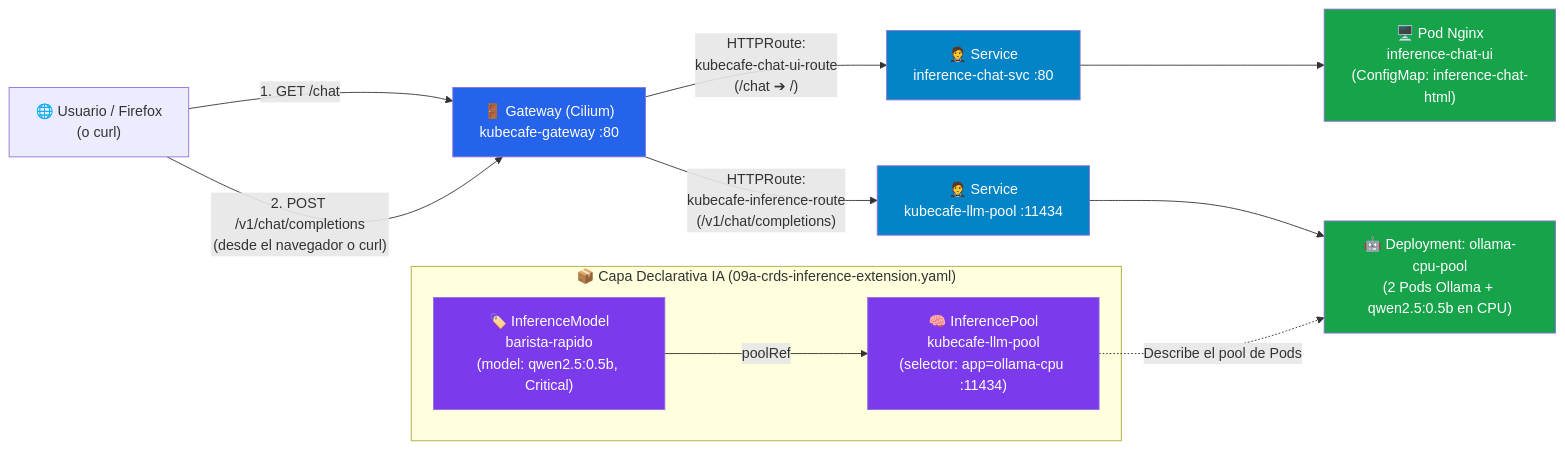
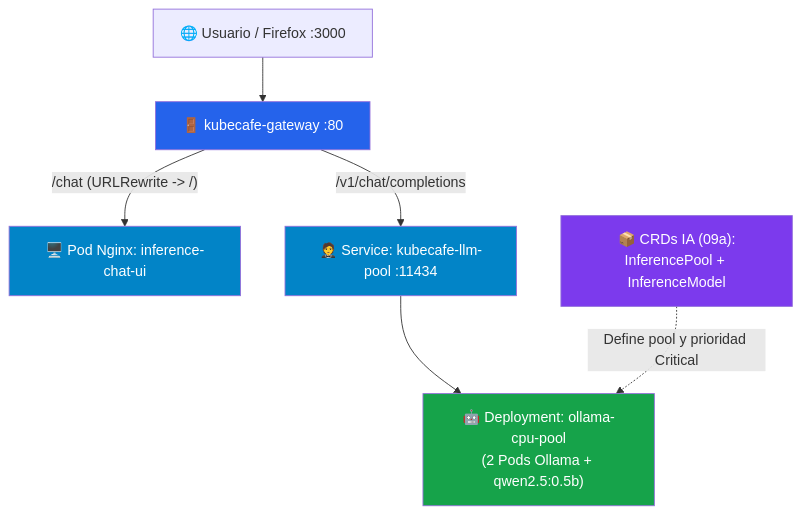
The diagram in semana-03-services-gateway/1.ejemplos/README.md (Arlex0296/Fundamentos-Kubernetes), drawn with Mermaid before and after one commit. The commit also changed other lines of this file and 1 other file, not shown here.

Commit message:
docs(semana-03): add 04b/04c/04d to tree and index table, compact Bonus Lab Mermaid diagram

````diff
--- a/semana-03-services-gateway/1.ejemplos/README.md
+++ b/semana-03-services-gateway/1.ejemplos/README.md
@@ -493,25 +496,16 @@
 ```mermaid
-flowchart LR
-    USER["🌐 Usuario / Firefox<br/>(o curl)"] -->|"1. GET /chat"| GW["🚪 Gateway (Cilium)<br/>kubecafe-gateway :80"]
-    USER -->|"2. POST /v1/chat/completions<br/>(desde el navegador o curl)"| GW
+flowchart TD
+    USER["🌐 Usuario / Firefox :3000"] --> GW["🚪 kubecafe-gateway :80"]
 
-    GW -->|"HTTPRoute:<br/>kubecafe-chat-ui-route<br/>(/chat ➔ /)"| SVC_UI["🤵 Service<br/>inference-chat-svc :80"]
-    SVC_UI --> POD_UI["🖥️ Pod Nginx<br/>inference-chat-ui<br/>(ConfigMap: inference-chat-html)"]
+    GW -->|"/chat (URLRewrite -> /)"| UI["🖥️ Pod Nginx: inference-chat-ui"]
+    GW -->|"/v1/chat/completions"| SVC["🤵 Service: kubecafe-llm-pool :11434"]
+    SVC --> OLLAMA["🤖 Deployment: ollama-cpu-pool<br/>(2 Pods Ollama + qwen2.5:0.5b)"]
 
-    GW -->|"HTTPRoute:<br/>kubecafe-inference-route<br/>(/v1/chat/completions)"| SVC_LLM["🤵 Service<br/>kubecafe-llm-pool :11434"]
-    SVC_LLM --> POD_LLM["🤖 Deployment: ollama-cpu-pool<br/>(2 Pods Ollama + qwen2.5:0.5b en CPU)"]
-
-    subgraph CRDS["📦 Capa Declarativa IA (09a-crds-inference-extension.yaml)"]
-        IM["🏷️ InferenceModel<br/>barista-rapido<br/>(model: qwen2.5:0.5b, Critical)"] -->|"poolRef"| IP["🧠 InferencePool<br/>kubecafe-llm-pool<br/>(selector: app=ollama-cpu :11434)"]
-    end
-
-    IP -.->|"Describe el pool de Pods"| POD_LLM
+    CRDS["📦 CRDs IA (09a):<br/>InferencePool + InferenceModel"] -.->|"Define pool y prioridad Critical"| OLLAMA
 
     style GW fill:#2563eb,color:#fff
-    style SVC_UI fill:#0284c7,color:#fff
-    style SVC_LLM fill:#0284c7,color:#fff
-    style POD_UI fill:#16a34a,color:#fff
-    style POD_LLM fill:#16a34a,color:#fff
-    style IM fill:#7c3aed,color:#fff
-    style IP fill:#7c3aed,color:#fff
+    style UI fill:#0284c7,color:#fff
+    style SVC fill:#0284c7,color:#fff
+    style OLLAMA fill:#16a34a,color:#fff
+    style CRDS fill:#7c3aed,color:#fff
 ```
````
